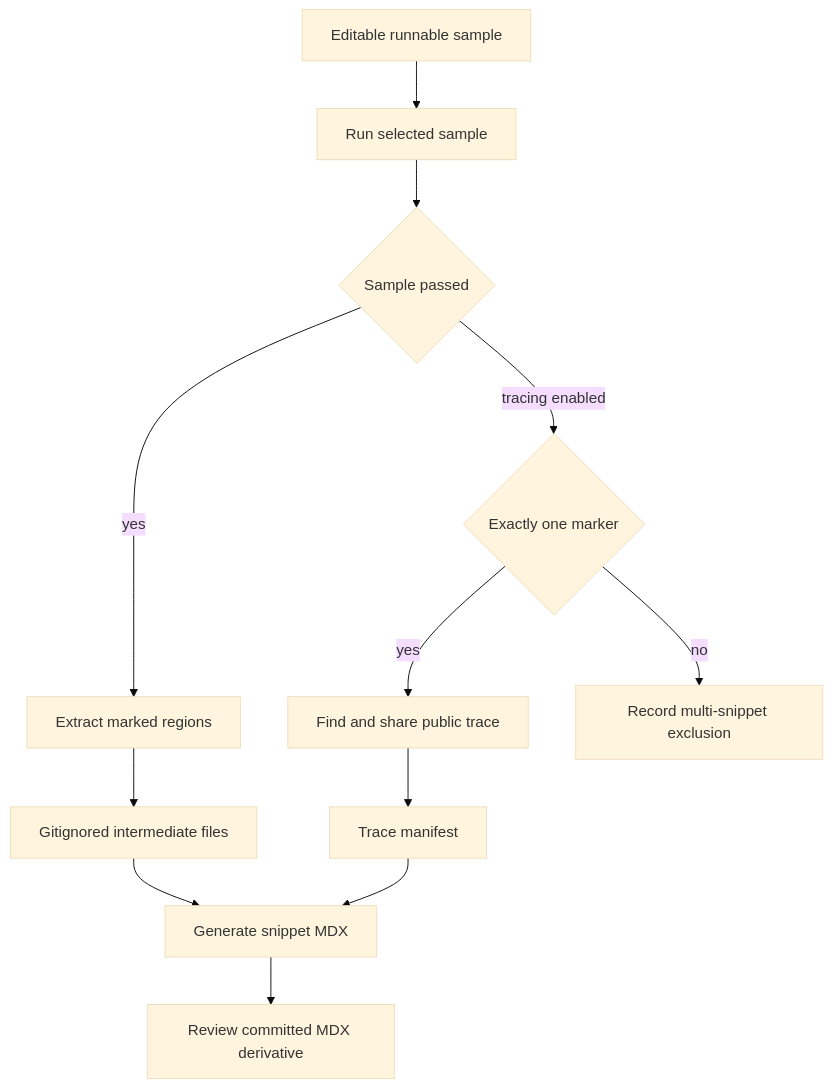
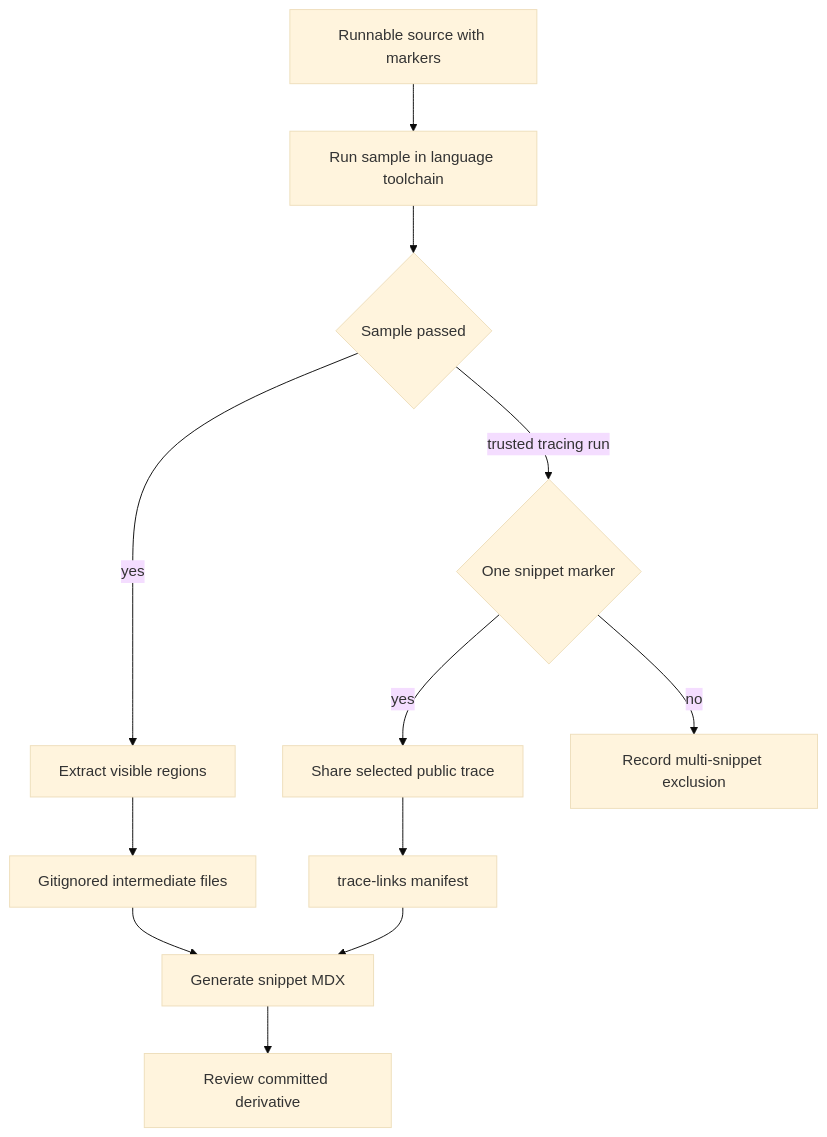
Before and after one commit to langchain-ai/docs: the diagram in openwiki/workflows/code-sample-lifecycle.md, drawn with Mermaid (base theme). The commit also changed other lines of this file and 25 other files, not shown here.

````diff
--- a/openwiki/workflows/code-sample-lifecycle.md
+++ b/openwiki/workflows/code-sample-lifecycle.md
@@ -55,14 +51,14 @@
 ```mermaid
 flowchart TD
-  Source["Editable runnable sample"] --> Check["Run selected sample"]
-  Check --> Passed{"Sample passed"}
-  Passed -->|"yes"| Extract["Extract marked regions"]
+  Source["Runnable source with markers"] --> Run["Run sample in language toolchain"]
+  Run --> Passed{"Sample passed"}
+  Passed -->|"yes"| Extract["Extract visible regions"]
   Extract --> Intermediate["Gitignored intermediate files"]
-  Intermediate --> MDX["Generate snippet MDX"]
-  Passed -->|"tracing enabled"| Eligibility{"Exactly one marker"}
-  Eligibility -->|"yes"| Share["Find and share public trace"]
-  Share --> Manifest["Trace manifest"]
-  Manifest --> MDX
-  MDX --> Review["Review committed MDX derivative"]
-  Eligibility -->|"no"| Skip["Record multi-snippet exclusion"]
+  Intermediate --> Generate["Generate snippet MDX"]
+  Generate --> Review["Review committed derivative"]
+  Passed -->|"trusted tracing run"| Eligible{"One snippet marker"}
+  Eligible -->|"yes"| Share["Share selected public trace"]
+  Share --> Manifest["trace-links manifest"]
+  Manifest --> Generate
+  Eligible -->|"no"| Skip["Record multi-snippet exclusion"]
 ```
````
